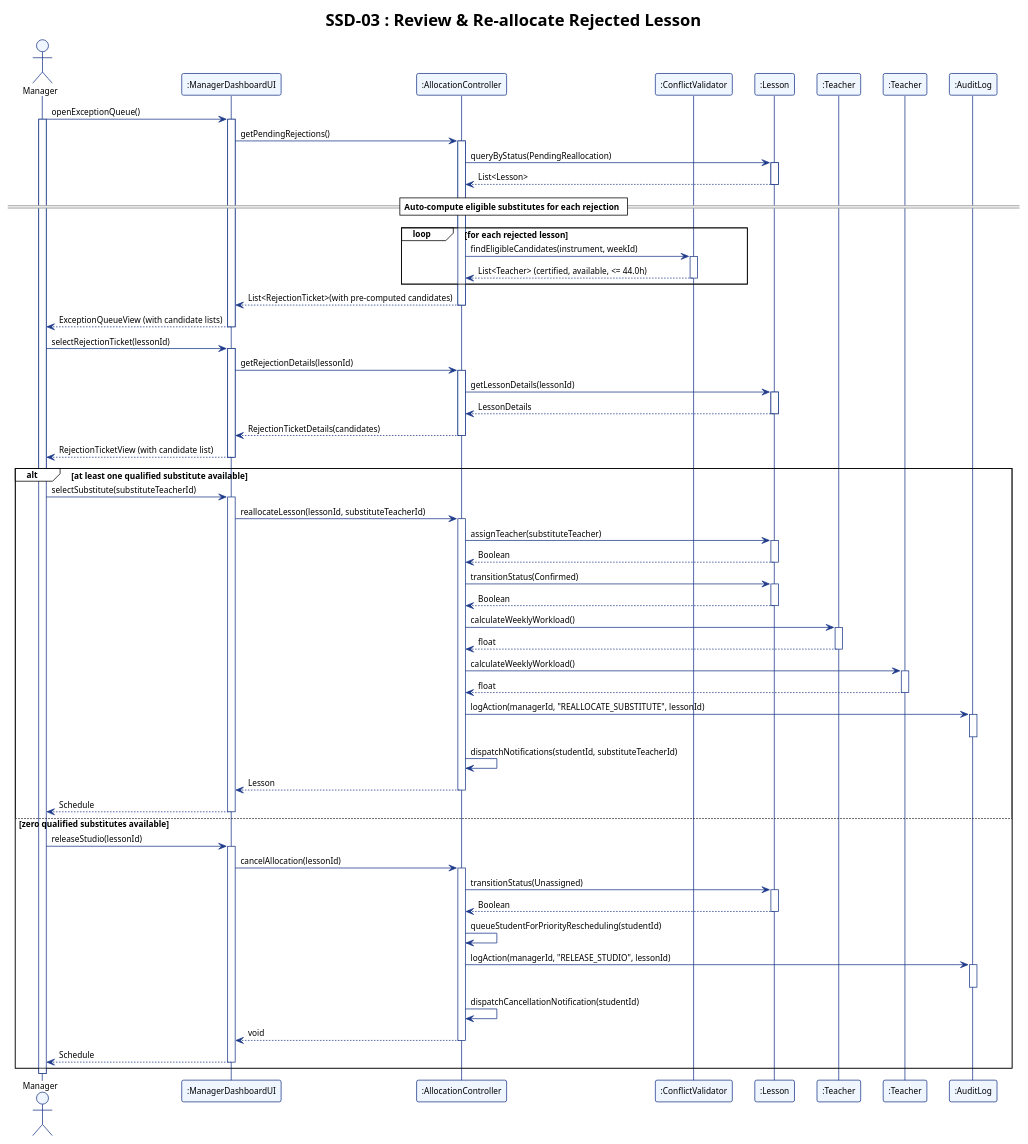
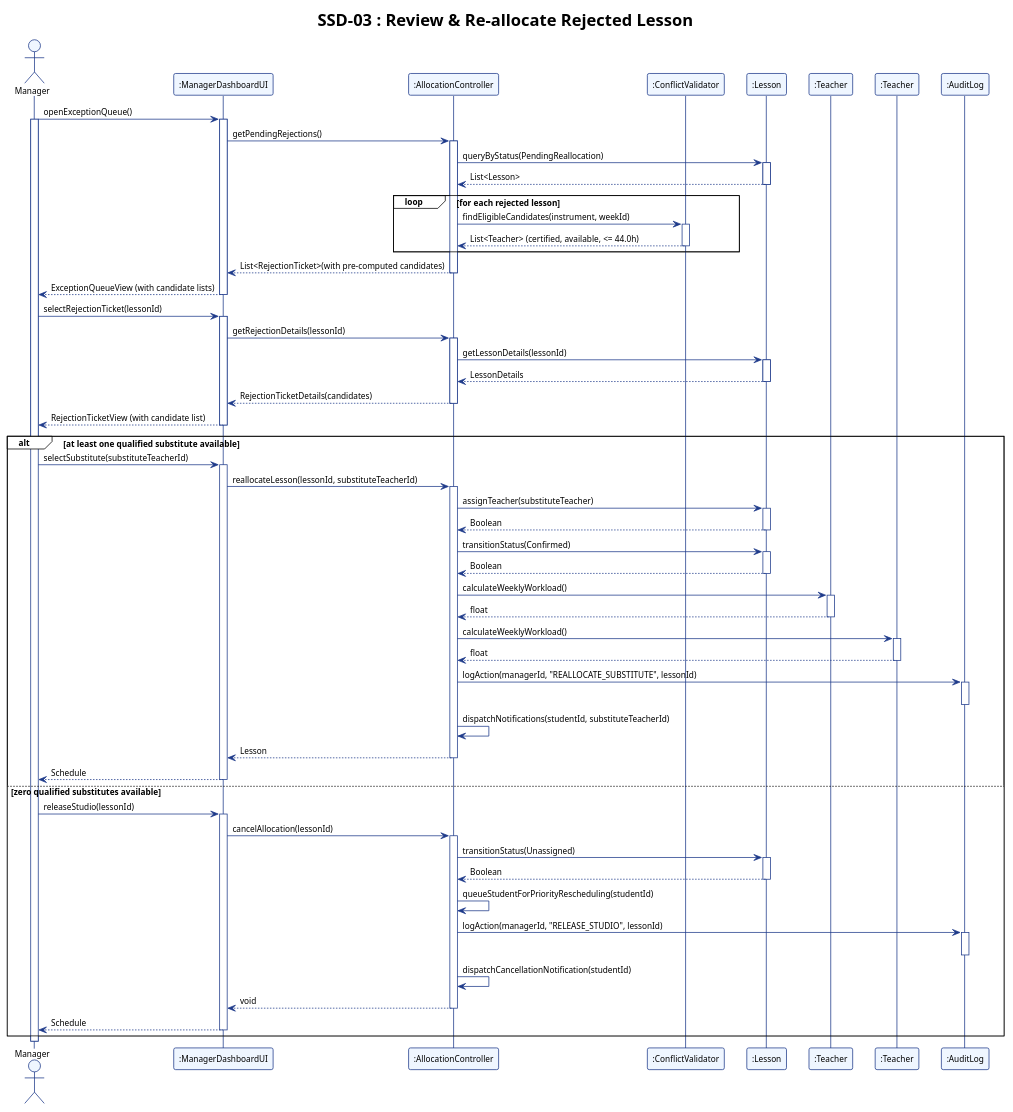
One commit to adoreblvnk/2001temp changed the diagram in report/assets/ssd_03.puml. Above: the diagram before and after it, drawn with PlantUML. The commit also changed 12 other files, not shown here.

First line of the commit message:
fix(diagrams): strip UML divider separators from sequence diagrams

```diff
--- a/report/assets/ssd_03.puml
+++ b/report/assets/ssd_03.puml
@@ -1,114 +1,113 @@
 @startuml ssd_03
 !theme plain
 skinparam shadowing false
 skinparam defaultFontName "Helvetica", "Arial", sans-serif
 skinparam defaultFontSize 11
 skinparam sequence {
     ParticipantBorderColor #1E3A8A
     ParticipantBackgroundColor #EFF6FF
     LifeLineBorderColor #1E3A8A
     LifeLineBackgroundColor #FFFFFF
     ArrowColor #1E3A8A
     ActorBorderColor #1E3A8A
     ActorBackgroundColor #EFF6FF
 }
 
 title SSD-03 : Review & Re-allocate Rejected Lesson
 
 actor Manager
 participant ":ManagerDashboardUI" as UI
 participant ":AllocationController" as AC
 participant ":ConflictValidator" as CV
 participant ":Lesson" as L
 participant ":Teacher" as T_Orig
 participant ":Teacher" as T_Sub
 participant ":AuditLog" as AL
 
 Manager -> UI : openExceptionQueue()
 activate Manager
 activate UI
 UI -> AC : getPendingRejections()
 activate AC
 AC -> L : queryByStatus(PendingReallocation)
 activate L
 L --> AC : List<Lesson>
 deactivate L
 
-== Auto-compute eligible substitutes for each rejection ==
 
 loop for each rejected lesson
     AC -> CV : findEligibleCandidates(instrument, weekId)
     activate CV
     CV --> AC : List<Teacher> (certified, available, <= 44.0h)
     deactivate CV
 end
 
 AC --> UI : List<RejectionTicket>(with pre-computed candidates)
 deactivate AC
 UI --> Manager : ExceptionQueueView (with candidate lists)
 deactivate UI
 
 Manager -> UI : selectRejectionTicket(lessonId)
 activate UI
 UI -> AC : getRejectionDetails(lessonId)
 activate AC
 AC -> L : getLessonDetails(lessonId)
 activate L
 L --> AC : LessonDetails
 deactivate L
 AC --> UI : RejectionTicketDetails(candidates)
 deactivate AC
 UI --> Manager : RejectionTicketView (with candidate list)
 deactivate UI
 
 alt at least one qualified substitute available
     Manager -> UI : selectSubstitute(substituteTeacherId)
     activate UI
     UI -> AC : reallocateLesson(lessonId, substituteTeacherId)
     activate AC
     AC -> L : assignTeacher(substituteTeacher)
     activate L
     L --> AC : Boolean
     deactivate L
     AC -> L : transitionStatus(Confirmed)
     activate L
     L --> AC : Boolean
     deactivate L
     AC -> T_Orig : calculateWeeklyWorkload()
     activate T_Orig
     T_Orig --> AC : float
     deactivate T_Orig
     AC -> T_Sub : calculateWeeklyWorkload()
     activate T_Sub
     T_Sub --> AC : float
     deactivate T_Sub
     AC -> AL : logAction(managerId, "REALLOCATE_SUBSTITUTE", lessonId)
     activate AL
     deactivate AL
     AC -> AC : dispatchNotifications(studentId, substituteTeacherId)
     AC --> UI : Lesson
     deactivate AC
     UI --> Manager : Schedule
     deactivate UI
 else zero qualified substitutes available
     Manager -> UI : releaseStudio(lessonId)
     activate UI
     UI -> AC : cancelAllocation(lessonId)
     activate AC
     AC -> L : transitionStatus(Unassigned)
     activate L
     L --> AC : Boolean
     deactivate L
     AC -> AC : queueStudentForPriorityRescheduling(studentId)
     AC -> AL : logAction(managerId, "RELEASE_STUDIO", lessonId)
     activate AL
     deactivate AL
     AC -> AC : dispatchCancellationNotification(studentId)
     AC --> UI : void
     deactivate AC
     UI --> Manager : Schedule
     deactivate UI
 end
 
 deactivate Manager
 @enduml
```
